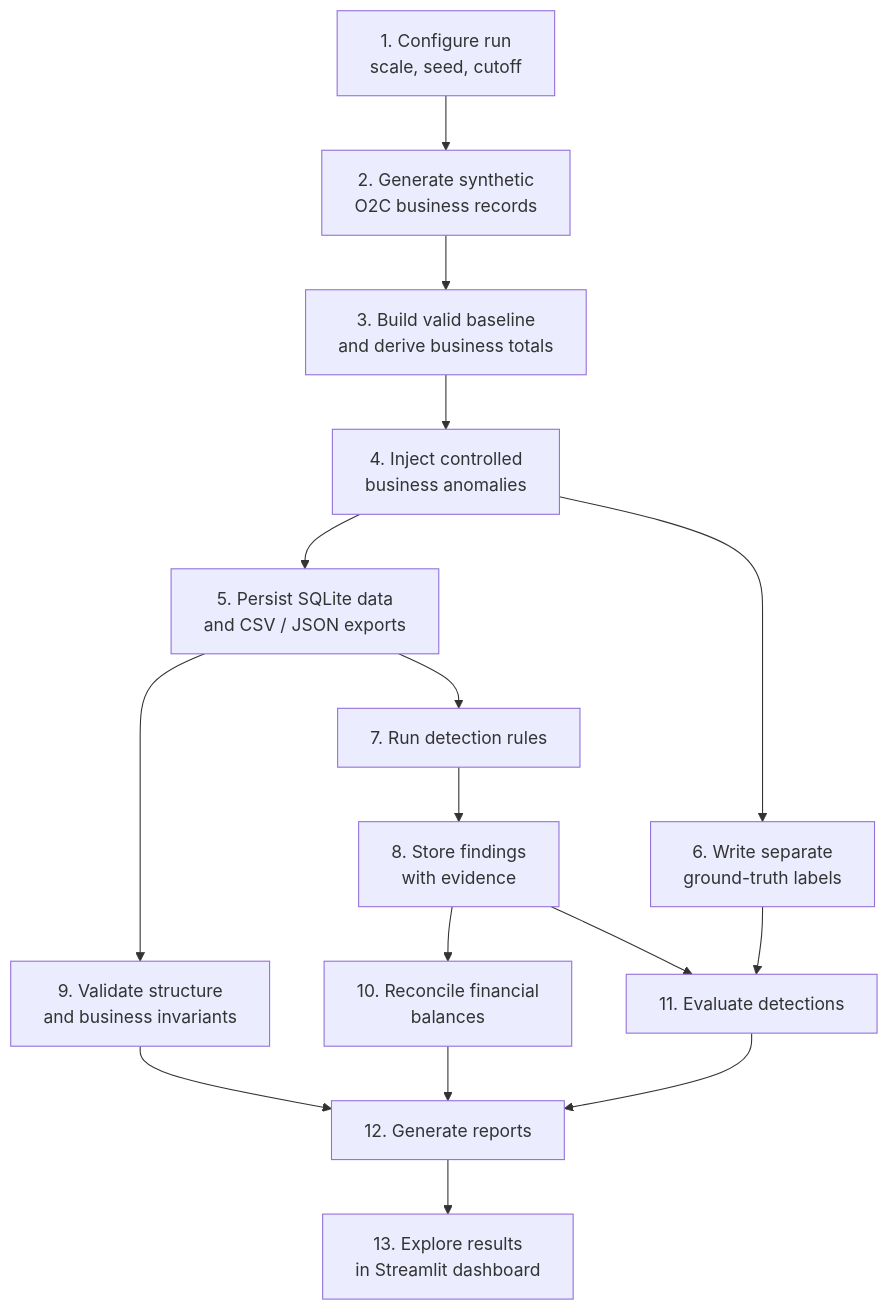
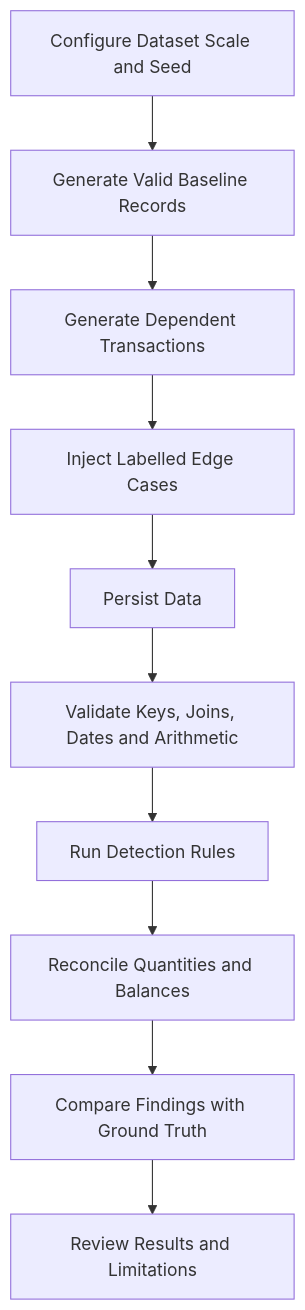
One commit to Manusha-M/AI-order-to-cash-detection-system changed the second of 2 diagrams in README.md. Above: the diagram before and after it, drawn with Mermaid. The commit also changed other lines of this file, not shown here.

````diff
--- a/README.md
+++ b/README.md
@@ -174,18 +111,12 @@
 ```mermaid
 flowchart TD
-    A["1. Configure run<br/>scale, seed, cutoff"] --> B["2. Generate synthetic<br/>O2C business records"]
-    B --> C["3. Build valid baseline<br/>and derive business totals"]
-    C --> D["4. Inject controlled<br/>business anomalies"]
-    D --> E["5. Persist SQLite data<br/>and CSV / JSON exports"]
-    D --> F["6. Write separate<br/>ground-truth labels"]
-    E --> G["7. Run detection rules"]
-    G --> H["8. Store findings<br/>with evidence"]
-    E --> I["9. Validate structure<br/>and business invariants"]
-    H --> J["10. Reconcile financial<br/>balances"]
-    H --> K["11. Evaluate detections"]
-    F --> K
-    I --> L["12. Generate reports"]
-    J --> L
-    K --> L
-    L --> M["13. Explore results<br/>in Streamlit dashboard"]
+    A[Configure Dataset Scale and Seed] --> B[Generate Valid Baseline Records]
+    B --> C[Generate Dependent Transactions]
+    C --> D[Inject Labelled Edge Cases]
+    D --> E[Persist Data]
+    E --> F[Validate Keys, Joins, Dates and Arithmetic]
+    F --> G[Run Detection Rules]
+    G --> H[Reconcile Quantities and Balances]
+    H --> I[Compare Findings with Ground Truth]
+    I --> J[Review Results and Limitations]
 ```
````
